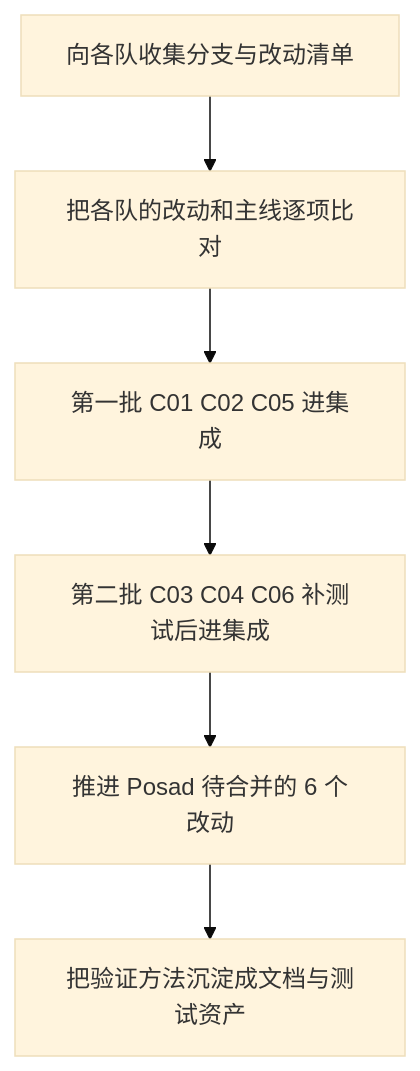
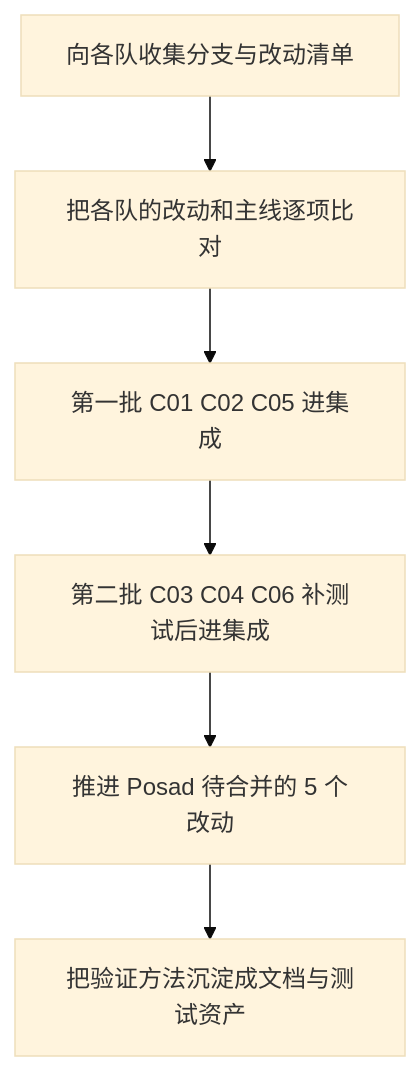
Before and after one commit to BattiestStone4/tgoskits: the diagram in docs/docs/runtime/proj4/proj4-summary.md, drawn with Mermaid (base theme). The commit also changed other lines of this file and 1 other file, not shown here.

````diff
--- a/docs/docs/runtime/proj4/proj4-summary.md
+++ b/docs/docs/runtime/proj4/proj4-summary.md
@@ -315,8 +315,8 @@
 ```mermaid
 flowchart TD
   A[向各队收集分支与改动清单] --> B[把各队的改动和主线逐项比对]
   B --> C[第一批 C01 C02 C05 进集成]
   C --> D[第二批 C03 C04 C06 补测试后进集成]
-  D --> E[推进 Posad 待合并的 6 个改动]
+  D --> E[推进 Posad 待合并的 5 个改动]
   E --> F[把验证方法沉淀成文档与测试资产]
 ```
````
